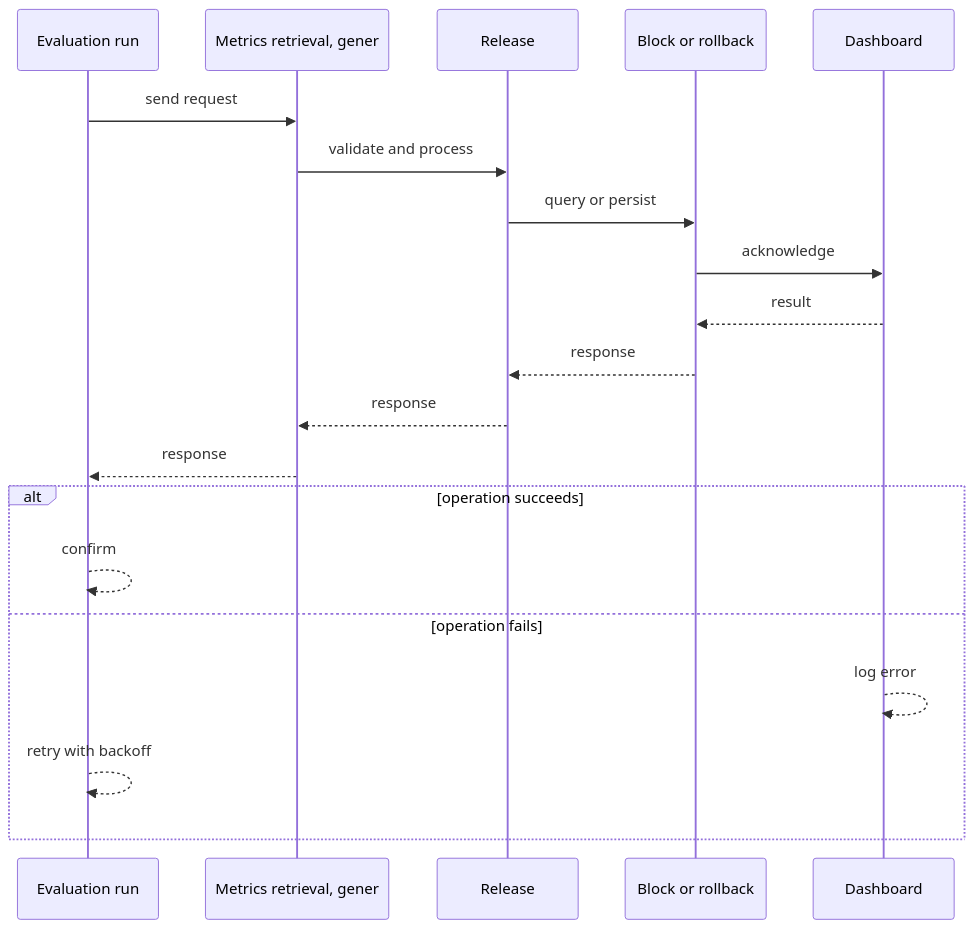
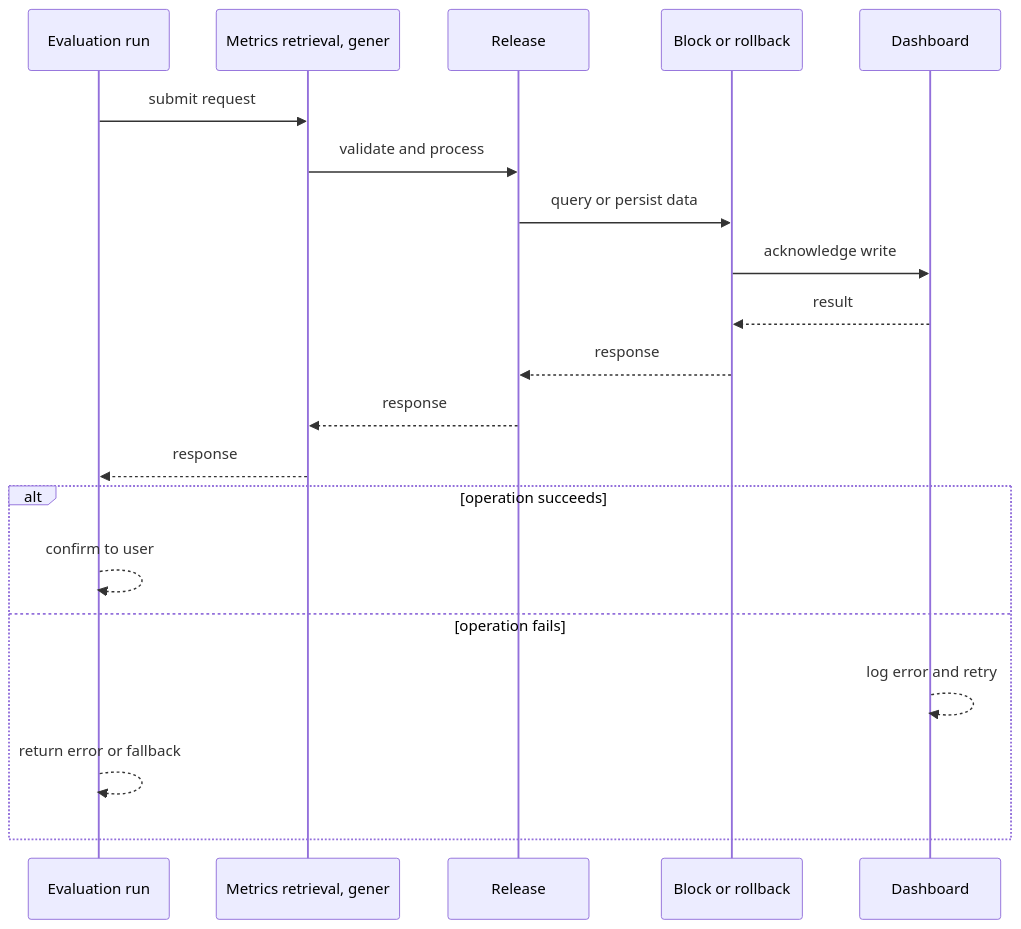
The second of 4 diagrams in case-studies/ai-systems/ai-evaluation-platform.md (RIT-MESH/system-design-mastery), drawn with Mermaid before and after one commit. The commit also changed other lines of this file and 127 other files, not shown here.

First line of the commit message:
Improve all case study diagrams: case-specific sequences, fix truncated labels

````diff
--- a/case-studies/ai-systems/ai-evaluation-platform.md
+++ b/case-studies/ai-systems/ai-evaluation-platform.md
@@ -76,23 +76,23 @@
 ```mermaid
 %% created-for: system-design-mastery
 sequenceDiagram
-  participant C0 as Evaluation run
-  participant C1 as Metrics retrieval, gener
-  participant C2 as Release
-  participant C3 as Block or rollback
-  participant C4 as Dashboard
-  C0 ->> C1: send request
-  C1 ->> C2: validate and process
-  C2 ->> C3: query or persist
-  C3 ->> C4: acknowledge
-  C4 -->> C3: result
-  C3 -->> C2: response
-  C2 -->> C1: response
-  C1 -->> C0: response
+  participant P0 as Evaluation run
+  participant P1 as Metrics retrieval, gener
+  participant P2 as Release
+  participant P3 as Block or rollback
+  participant P4 as Dashboard
+  P0 ->> P1: submit request
+  P1 ->> P2: validate and process
+  P2 ->> P3: query or persist data
+  P3 ->> P4: acknowledge write
+  P4 -->> P3: result
+  P3 -->> P2: response
+  P2 -->> P1: response
+  P1 -->> P0: response
   alt operation succeeds
-    C0 -->> C0: confirm
+    P0 -->> P0: confirm to user
   else operation fails
-    C4 -->> C4: log error
-    C0 -->> C0: retry with backoff
+    P4 -->> P4: log error and retry
+    P0 -->> P0: return error or fallback
   end
 ```
````
